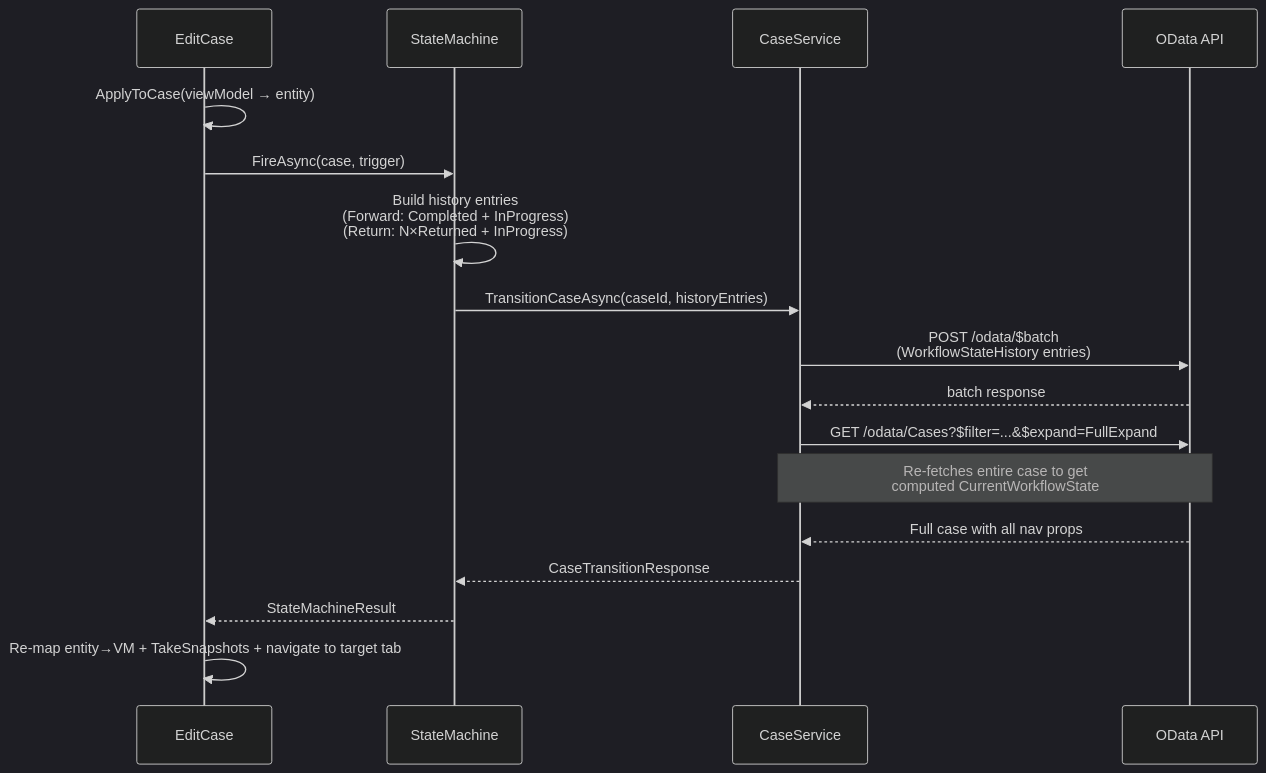
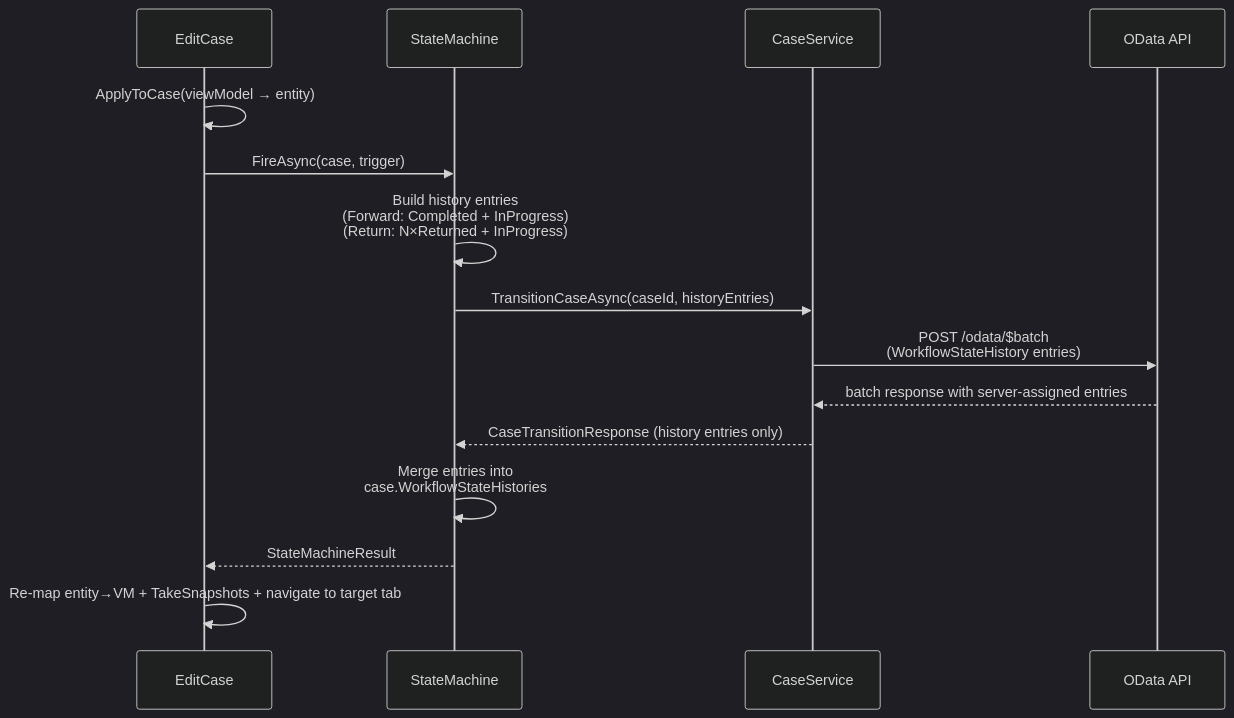
One commit to donellmccoy/FormValidationExperiments changed the third of 4 diagrams in docs/call-sequence-analysis.md. Above: the diagram before and after it, drawn with Mermaid (dark theme). The commit also changed other lines of this file and 9 other files, not shown here.

First line of the commit message:
Implement plans for OData concerns #2, #3, and #4; embed bookmark status in case response; reduce IncludeAllNavigations overhead

````diff
--- a/docs/call-sequence-analysis.md
+++ b/docs/call-sequence-analysis.md
@@ -77,21 +95,19 @@
 ```mermaid
 sequenceDiagram
     participant UI as EditCase
     participant SM as StateMachine
     participant CS as CaseService
     participant API as OData API
 
     UI->>UI: ApplyToCase(viewModel → entity)
     UI->>SM: FireAsync(case, trigger)
     SM->>SM: Build history entries<br/>(Forward: Completed + InProgress)<br/>(Return: N×Returned + InProgress)
     SM->>CS: TransitionCaseAsync(caseId, historyEntries)
     CS->>API: POST /odata/$batch<br/>(WorkflowStateHistory entries)
-    API-->>CS: batch response
-    CS->>API: GET /odata/Cases?$filter=...&$expand=FullExpand
-    Note over CS,API: Re-fetches entire case to get<br/>computed CurrentWorkflowState
-    API-->>CS: Full case with all nav props
-    CS-->>SM: CaseTransitionResponse
+    API-->>CS: batch response with server-assigned entries
+    CS-->>SM: CaseTransitionResponse (history entries only)
+    SM->>SM: Merge entries into<br/>case.WorkflowStateHistories
     SM-->>UI: StateMachineResult
 
     UI->>UI: Re-map entity→VM + TakeSnapshots + navigate to target tab
 ```
````
